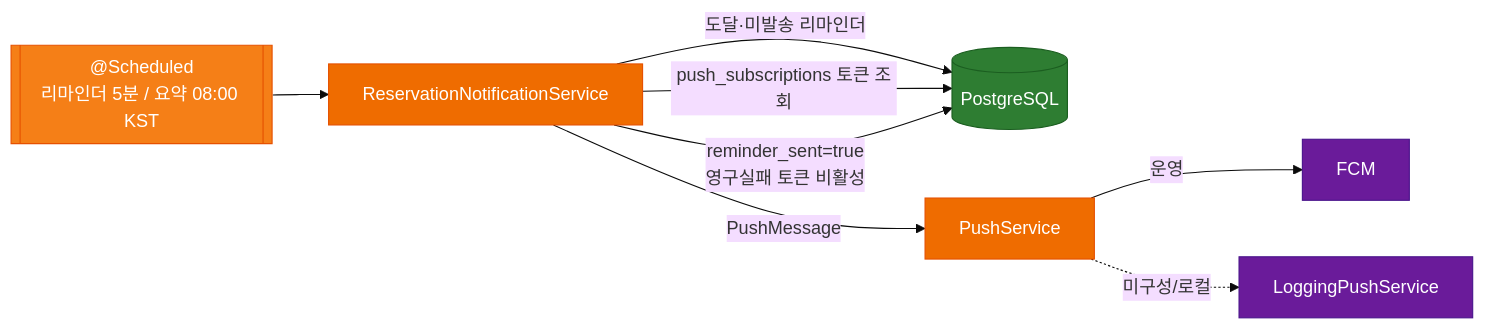
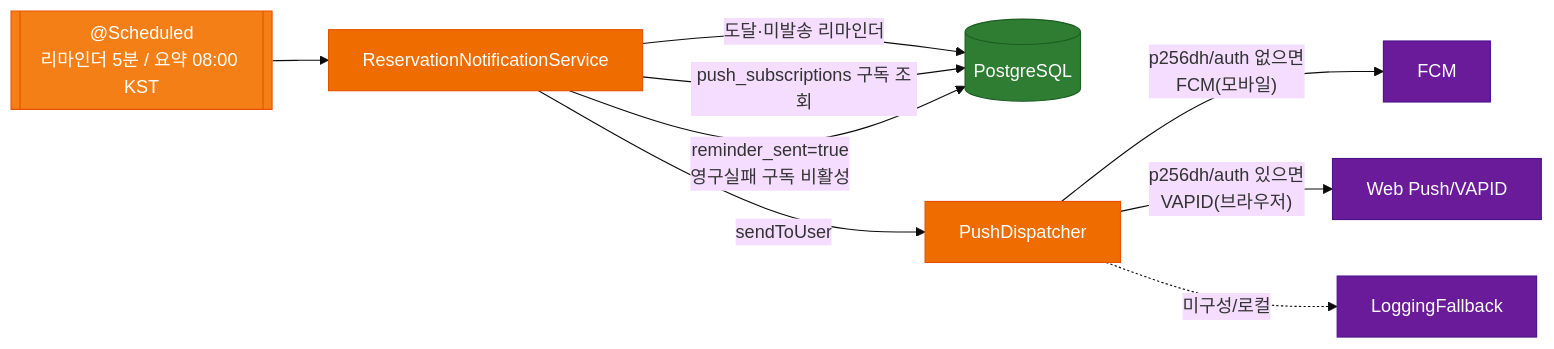
The seventh of 10 diagrams in docs/ARCHITECTURE.md (flori-ai-kr/api), drawn with Mermaid (base theme) before and after one commit. The commit also changed other lines of this file and 72 other files, not shown here.

````diff
--- a/docs/ARCHITECTURE.md
+++ b/docs/ARCHITECTURE.md
@@ -359,19 +362,20 @@
 ```mermaid
 flowchart LR
     R[["@Scheduled<br/>리마인더 5분 / 요약 08:00 KST"]] --> NS[ReservationNotificationService]
     NS -->|"도달·미발송 리마인더"| DB[(PostgreSQL)]
-    NS -->|"push_subscriptions 토큰 조회"| DB
-    NS -->|"PushMessage"| PS[PushService]
-    PS -->|"운영"| FCM[FCM]
-    PS -.->|"미구성/로컬"| Log[LoggingPushService]
-    NS -->|"reminder_sent=true<br/>영구실패 토큰 비활성"| DB
+    NS -->|"push_subscriptions 구독 조회"| DB
+    NS -->|"sendToUser"| PD[PushDispatcher]
+    PD -->|"p256dh/auth 없으면<br/>FCM(모바일)"| FCM[FCM]
+    PD -->|"p256dh/auth 있으면<br/>VAPID(브라우저)"| VAPID[Web Push/VAPID]
+    PD -.->|"미구성/로컬"| Log[LoggingFallback]
+    NS -->|"reminder_sent=true<br/>영구실패 구독 비활성"| DB
 
     classDef s fill:#ef6c00,color:#fff,stroke:#e65100
     classDef d fill:#2e7d32,color:#fff,stroke:#1b5e20
     classDef ext fill:#6a1b9a,color:#fff,stroke:#4a148c
     classDef c fill:#f57f17,color:#fff,stroke:#e65100
     class R c
-    class NS,PS s
+    class NS,PD s
     class DB d
-    class FCM,Log ext
+    class FCM,VAPID,Log ext
 ```
````
